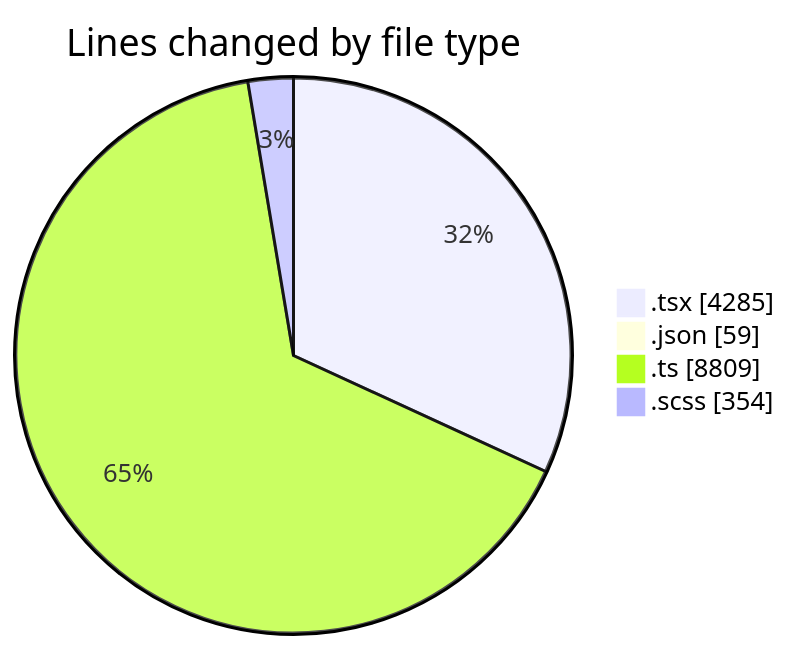
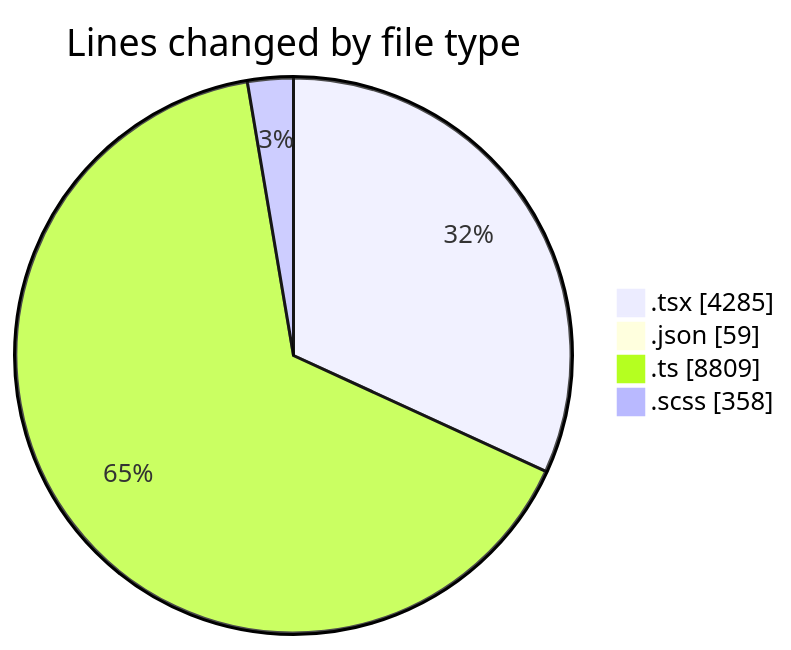
Before and after one commit to momahboobian/code-tracking: the first of 2 diagrams in 2025-11-24/cda/README.md, drawn with Mermaid. The commit also changed other lines of this file and 1 other file, not shown here.

````diff
--- a/2025-11-24/cda/README.md
+++ b/2025-11-24/cda/README.md
@@ -35,8 +35,8 @@
 ```mermaid
 pie showData
 title Lines changed by file type
 ".tsx" : 4285
 ".json" : 59
 ".ts" : 8809
-".scss" : 354
+".scss" : 358
 ```
````
